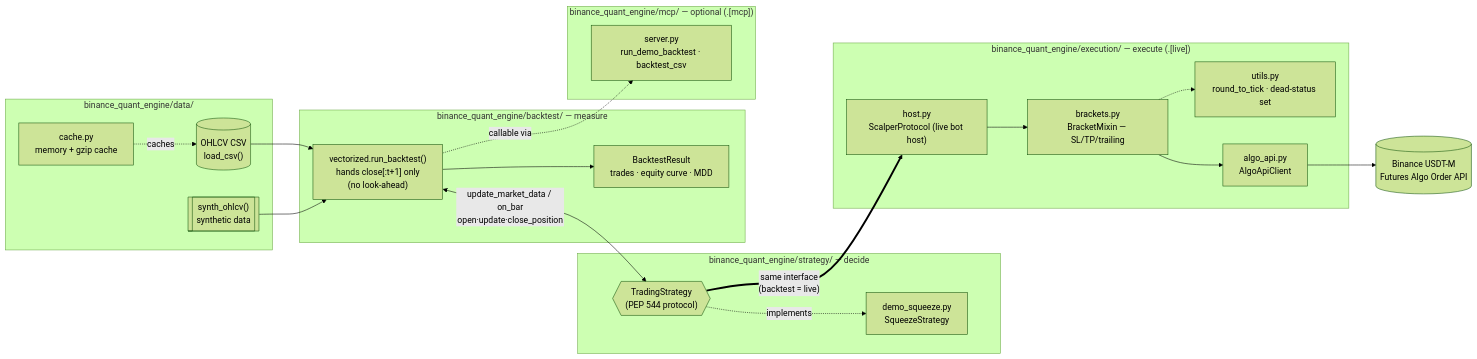
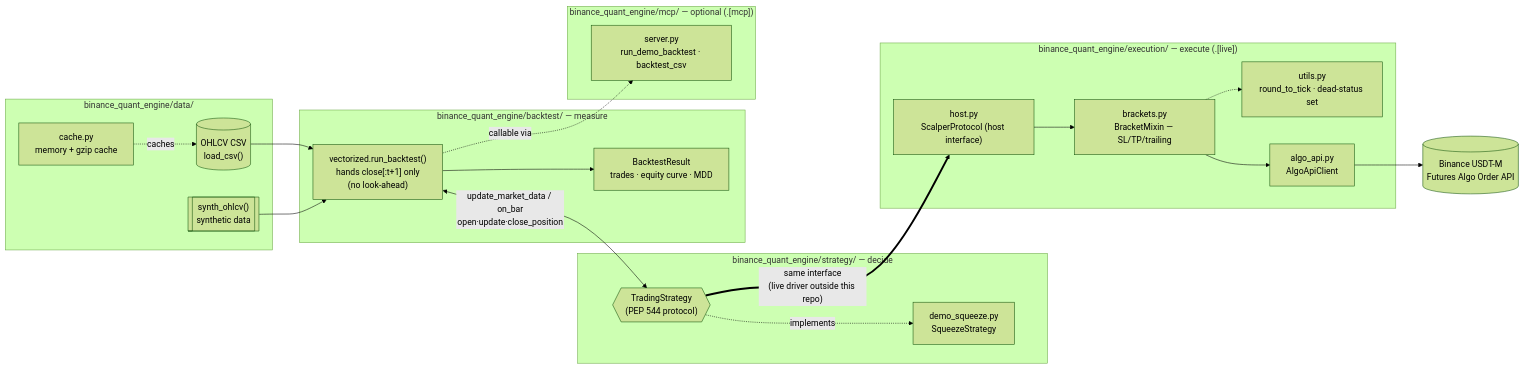
One commit to younghwan91/binance-quant-engine changed the diagram in README.md. Above: the diagram before and after it, drawn with Mermaid (forest theme). The commit also changed other lines of this file and 5 other files, not shown here.

````diff
--- a/README.md
+++ b/README.md
@@ -142,43 +141,43 @@
 ```mermaid
 flowchart LR
     subgraph Data["binance_quant_engine/data/"]
         CSV[("OHLCV CSV\nload_csv()")]
         SYN[["synth_ohlcv()\nsynthetic data"]]
         CACHE["cache.py\nmemory + gzip cache"]
     end
 
     subgraph Decide["binance_quant_engine/strategy/ — decide"]
         PROTO{{"TradingStrategy\n(PEP 544 protocol)"}}
         SQZ["demo_squeeze.py\nSqueezeStrategy"]
         PROTO -.->|"implements"| SQZ
     end
 
     CSV --> BT
     SYN --> BT
     CACHE -.->|"caches"| CSV
 
     subgraph Measure["binance_quant_engine/backtest/ — measure"]
         BT["vectorized.run_backtest()\nhands close[:t+1] only\n(no look-ahead)"]
         RES["BacktestResult\ntrades · equity curve · MDD"]
         BT --> RES
     end
 
     BT <-->|"update_market_data / on_bar\nopen·update·close_position"| PROTO
 
     subgraph Execute["binance_quant_engine/execution/ — execute (.[live])"]
-        HOST["host.py\nScalperProtocol (live bot host)"]
+        HOST["host.py\nScalperProtocol (host interface)"]
         BRACKET["brackets.py\nBracketMixin — SL/TP/trailing"]
         UTIL["utils.py\nround_to_tick · dead-status set"]
         ALGO["algo_api.py\nAlgoApiClient"]
         HOST --> BRACKET --> ALGO
         BRACKET -.-> UTIL
     end
 
     subgraph MCP["binance_quant_engine/mcp/ — optional (.[mcp])"]
         SRV["server.py\nrun_demo_backtest · backtest_csv"]
     end
     BT -.->|"callable via"| SRV
 
-    PROTO ==>|"same interface<br/>(backtest = live)"| HOST
+    PROTO ==>|"same interface<br/>(live driver outside this repo)"| HOST
     ALGO --> BINANCE[("Binance USDT-M\nFutures Algo Order API")]
 ```
````
